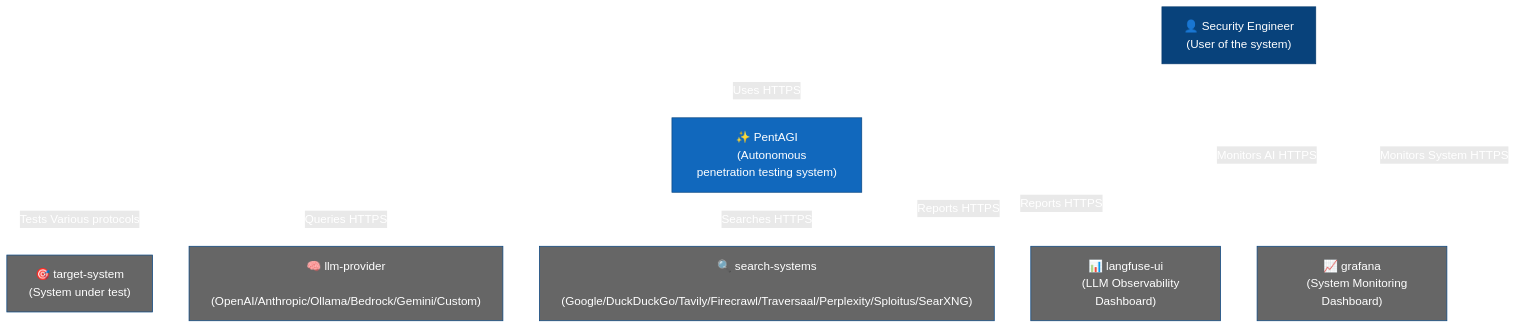
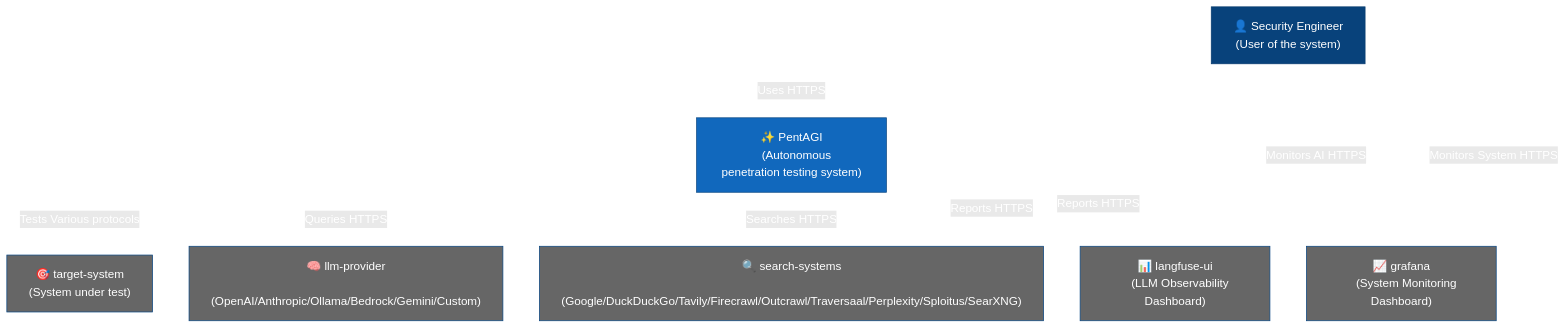
The first of 6 diagrams in README.md (vxcontrol/pentagi), drawn with Mermaid before and after one commit. The commit also changed other lines of this file and 23 other files, not shown here.

````diff
--- a/README.md
+++ b/README.md
@@ -104,38 +104,38 @@
 ```mermaid
 flowchart TB
     classDef person fill:#08427B,stroke:#073B6F,color:#fff
     classDef system fill:#1168BD,stroke:#0B4884,color:#fff
     classDef external fill:#666666,stroke:#0B4884,color:#fff
 
     pentester["👤 Security Engineer
     (User of the system)"]
 
     pentagi["✨ PentAGI
     (Autonomous penetration testing system)"]
 
     target["🎯 target-system
     (System under test)"]
     llm["🧠 llm-provider
     (OpenAI/Anthropic/Ollama/Bedrock/Gemini/Custom)"]
     search["🔍 search-systems
-    (Google/DuckDuckGo/Tavily/Firecrawl/Traversaal/Perplexity/Sploitus/SearXNG)"]
+    (Google/DuckDuckGo/Tavily/Firecrawl/Outcrawl/Traversaal/Perplexity/Sploitus/SearXNG)"]
     langfuse["📊 langfuse-ui
     (LLM Observability Dashboard)"]
     grafana["📈 grafana
     (System Monitoring Dashboard)"]
 
     pentester --> |Uses HTTPS| pentagi
     pentester --> |Monitors AI HTTPS| langfuse
     pentester --> |Monitors System HTTPS| grafana
     pentagi --> |Tests Various protocols| target
     pentagi --> |Queries HTTPS| llm
     pentagi --> |Searches HTTPS| search
     pentagi --> |Reports HTTPS| langfuse
     pentagi --> |Reports HTTPS| grafana
 
     class pentester person
     class pentagi system
     class target,llm,search,langfuse,grafana external
 
     linkStyle default stroke:#ffffff,color:#ffffff
 ```
````
